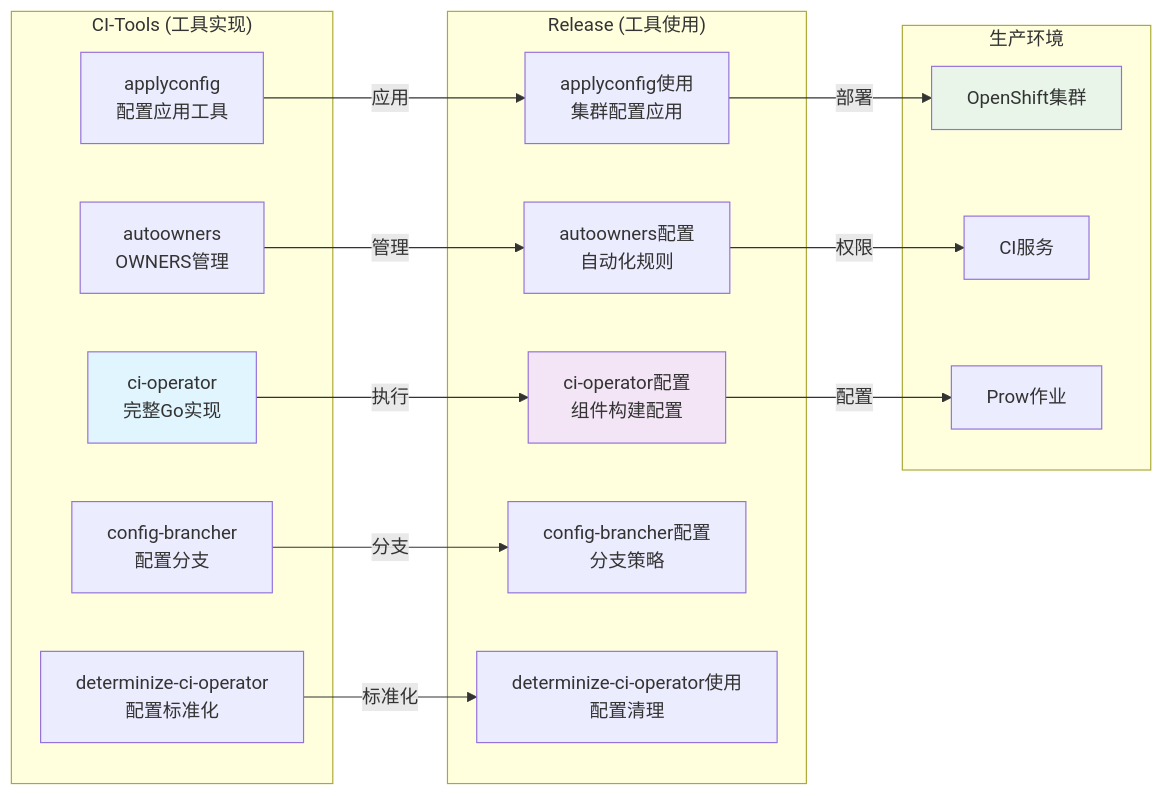
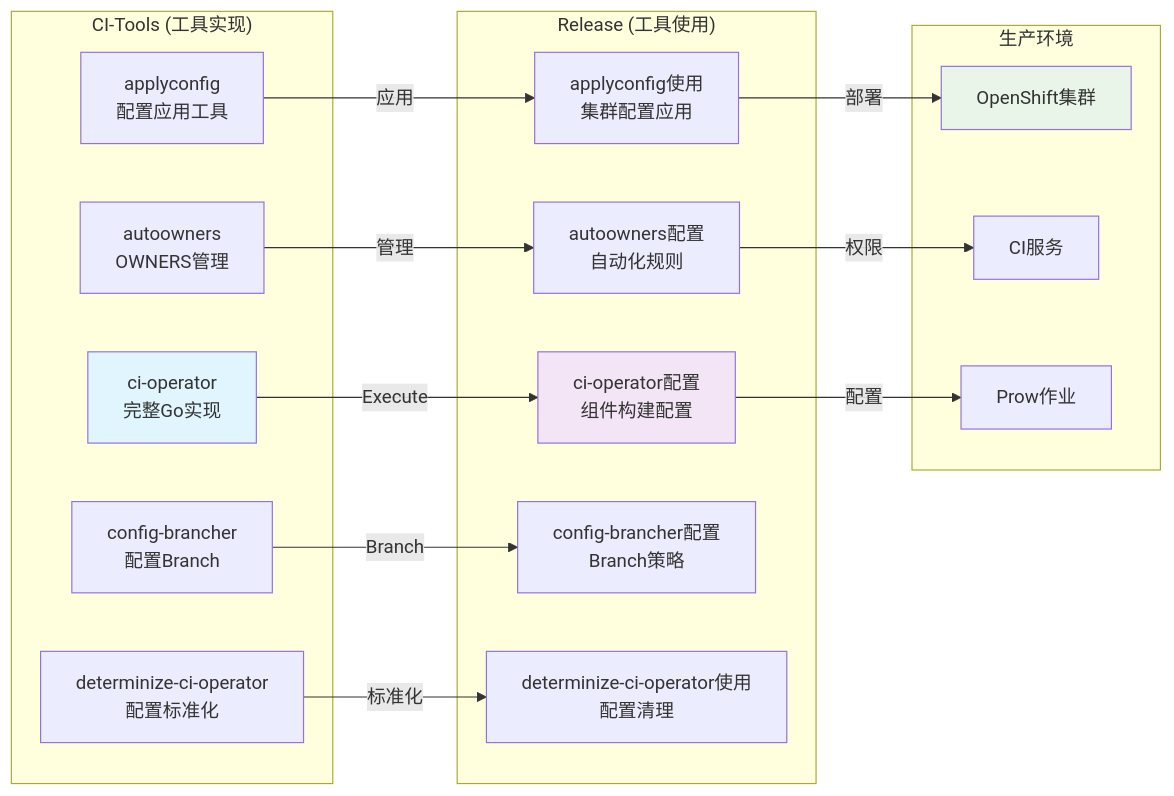
One commit to liweinan/deepseek-answers changed the fourth of 6 diagrams in files/ci-tools-vs-release.md. Above: the diagram before and after it, drawn with Mermaid. The commit also changed other lines of this file and 135 other files, not shown here.

````diff
--- a/files/ci-tools-vs-release.md
+++ b/files/ci-tools-vs-release.md
@@ -148,38 +148,38 @@
 ```mermaid
 graph LR
     subgraph "CI-Tools (工具实现)"
         CT_CI_OP[ci-operator<br/>完整Go实现]
         CT_APP_CFG[applyconfig<br/>配置应用工具]
         CT_AUTO_OWN[autoowners<br/>OWNERS管理]
-        CT_CFG_BR[config-brancher<br/>配置分支]
+        CT_CFG_BR[config-brancher<br/>配置Branch]
         CT_DET_CI[determinize-ci-operator<br/>配置标准化]
     end
     
     subgraph "Release (工具使用)"
         RP_CI_CFG[ci-operator配置<br/>组件构建配置]
         RP_APP_CFG[applyconfig使用<br/>集群配置应用]
         RP_AUTO_OWN[autoowners配置<br/>自动化规则]
-        RP_CFG_BR[config-brancher配置<br/>分支策略]
+        RP_CFG_BR[config-brancher配置<br/>Branch策略]
         RP_DET_CI[determinize-ci-operator使用<br/>配置清理]
     end
     
     subgraph "生产环境"
         PE_CLUSTER[OpenShift集群]
         PE_SERVICES[CI服务]
         PE_JOBS[Prow作业]
     end
     
-    CT_CI_OP -->|执行| RP_CI_CFG
+    CT_CI_OP -->|Execute| RP_CI_CFG
     CT_APP_CFG -->|应用| RP_APP_CFG
     CT_AUTO_OWN -->|管理| RP_AUTO_OWN
-    CT_CFG_BR -->|分支| RP_CFG_BR
+    CT_CFG_BR -->|Branch| RP_CFG_BR
     CT_DET_CI -->|标准化| RP_DET_CI
     
     RP_CI_CFG -->|配置| PE_JOBS
     RP_APP_CFG -->|部署| PE_CLUSTER
     RP_AUTO_OWN -->|权限| PE_SERVICES
     
     style CT_CI_OP fill:#e1f5fe
     style RP_CI_CFG fill:#f3e5f5
     style PE_CLUSTER fill:#e8f5e8
 ```
````
